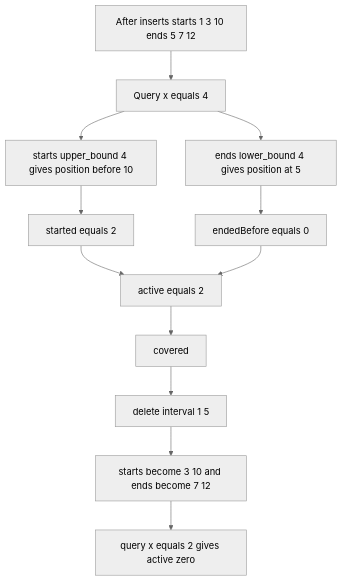
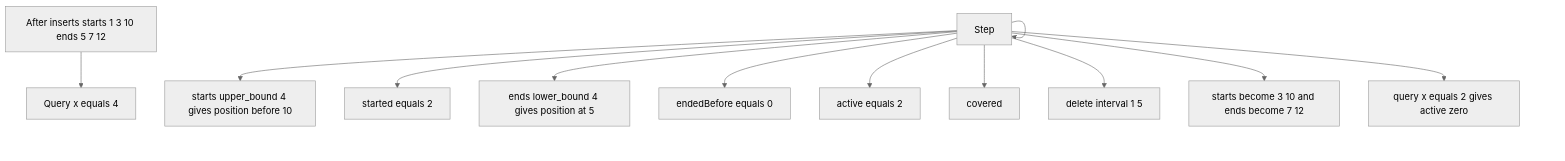
One commit to mthaiseer/springcloud-systemdesign-notes changed the eighth of 35 diagrams in CP_DSA_NOTES/001_TOPIC_WISE/001_STL_RANGE_QUERY_SWEEPLINE.md. Above: the diagram before and after it, drawn with Mermaid (neutral theme). The commit also changed other lines of this file and 1 other file, not shown here.

````diff
--- a/CP_DSA_NOTES/001_TOPIC_WISE/001_STL_RANGE_QUERY_SWEEPLINE.md
+++ b/CP_DSA_NOTES/001_TOPIC_WISE/001_STL_RANGE_QUERY_SWEEPLINE.md
@@ -561,14 +561,14 @@
 ```mermaid
 flowchart TD
-    A["After inserts starts 1 3 10 ends 5 7 12"] --> B["Query x equals 4"]
-    B --> C["starts upper_bound 4 gives position before 10"]
-    C --> D["started equals 2"]
-    B --> E["ends lower_bound 4 gives position at 5"]
-    E --> F["endedBefore equals 0"]
-    D --> G["active equals 2"]
-    F --> G
-    G --> H["covered"]
-    H --> I["delete interval 1 5"]
-    I --> J["starts become 3 10 and ends become 7 12"]
-    J --> K["query x equals 2 gives active zero"]
+    N1["After inserts starts 1 3 10 ends 5 7 12"] --> N2["Query x equals 4"]
+    N3["Step"] --> N4["starts upper_bound 4 gives position before 10"]
+    N3["Step"] --> N5["started equals 2"]
+    N3["Step"] --> N6["ends lower_bound 4 gives position at 5"]
+    N3["Step"] --> N7["endedBefore equals 0"]
+    N3["Step"] --> N8["active equals 2"]
+    N3["Step"] --> N3["Step"]
+    N3["Step"] --> N9["covered"]
+    N3["Step"] --> N10["delete interval 1 5"]
+    N3["Step"] --> N11["starts become 3 10 and ends become 7 12"]
+    N3["Step"] --> N12["query x equals 2 gives active zero"]
 ```
````
